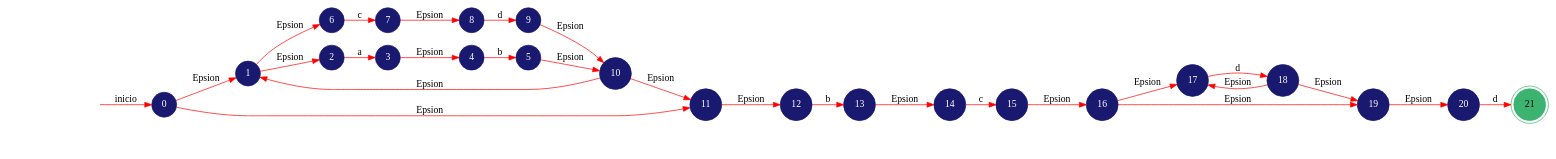
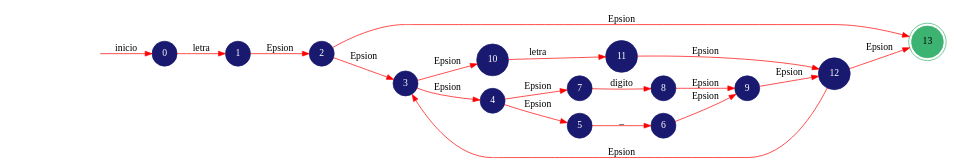
Before and after one commit to AhiezerRamirez/Compi1Proyecto1: the diagram in Compi1Proyecto1/automata1.dot, drawn with Graphviz. The commit also changed 14 other files, not shown here.

```diff
--- a/Compi1Proyecto1/automata1.dot
+++ b/Compi1Proyecto1/automata1.dot
@@ -1,35 +1,26 @@
 digraph automata_finito {
 	rankdir=LR;
-	node [shape=doublecircle, style = filled,color = mediumseagreen]; "21";
+	node [shape=doublecircle, style = filled,color = mediumseagreen]; "13";
 	node [shape=circle];
 	node [color=midnightblue,fontcolor=white];
 	edge [color=red];
 	secret_node [style=invis];
 	secret_node -> "0" [label="inicio"];
-	"0" -> "1" [label="Epsion"];
-	"0" -> "11" [label="Epsion"];
-	"1" -> "6" [label="Epsion"];
+	"0" -> "1" [label="letra"];
 	"1" -> "2" [label="Epsion"];
-	"2" -> "3" [label="a"];
+	"2" -> "3" [label="Epsion"];
+	"2" -> "13" [label="Epsion"];
+	"3" -> "10" [label="Epsion"];
 	"3" -> "4" [label="Epsion"];
-	"4" -> "5" [label="b"];
-	"5" -> "10" [label="Epsion"];
-	"6" -> "7" [label="c"];
-	"7" -> "8" [label="Epsion"];
-	"8" -> "9" [label="d"];
-	"9" -> "10" [label="Epsion"];
-	"10" -> "1" [label="Epsion"];
-	"10" -> "11" [label="Epsion"];
+	"4" -> "7" [label="Epsion"];
+	"4" -> "5" [label="Epsion"];
+	"5" -> "6" [label="_"];
+	"6" -> "9" [label="Epsion"];
+	"7" -> "8" [label="digito"];
+	"8" -> "9" [label="Epsion"];
+	"9" -> "12" [label="Epsion"];
+	"10" -> "11" [label="letra"];
 	"11" -> "12" [label="Epsion"];
-	"12" -> "13" [label="b"];
-	"13" -> "14" [label="Epsion"];
-	"14" -> "15" [label="c"];
-	"15" -> "16" [label="Epsion"];
-	"16" -> "17" [label="Epsion"];
-	"16" -> "19" [label="Epsion"];
-	"17" -> "18" [label="d"];
-	"18" -> "17" [label="Epsion"];
-	"18" -> "19" [label="Epsion"];
-	"19" -> "20" [label="Epsion"];
-	"20" -> "21" [label="d"];
+	"12" -> "3" [label="Epsion"];
+	"12" -> "13" [label="Epsion"];
 }
```
